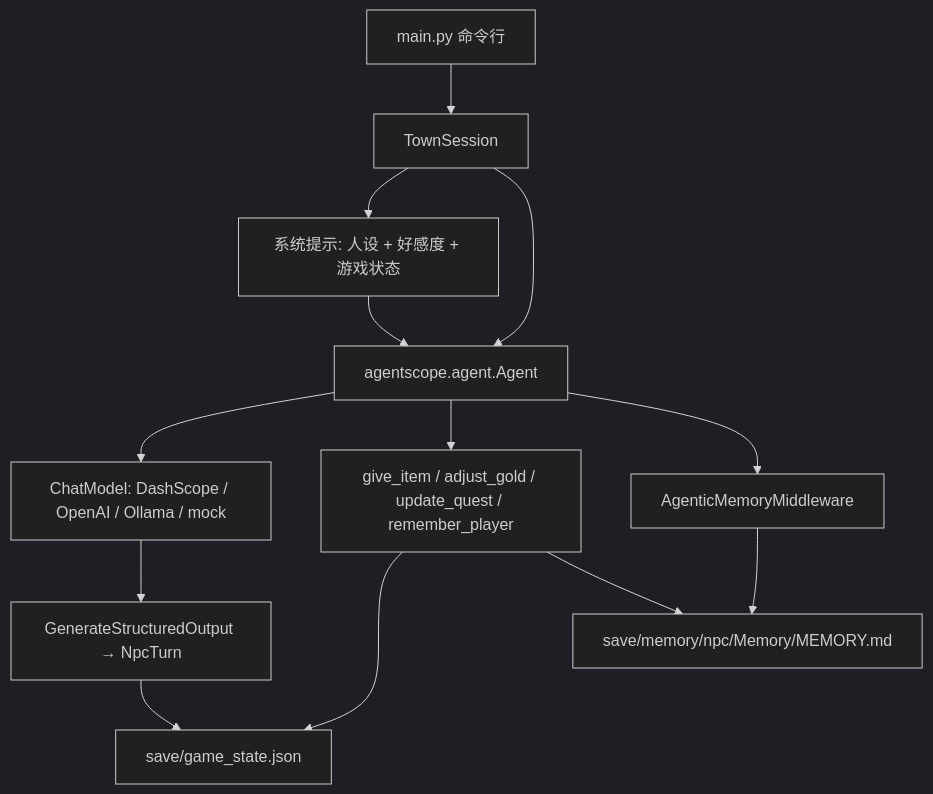
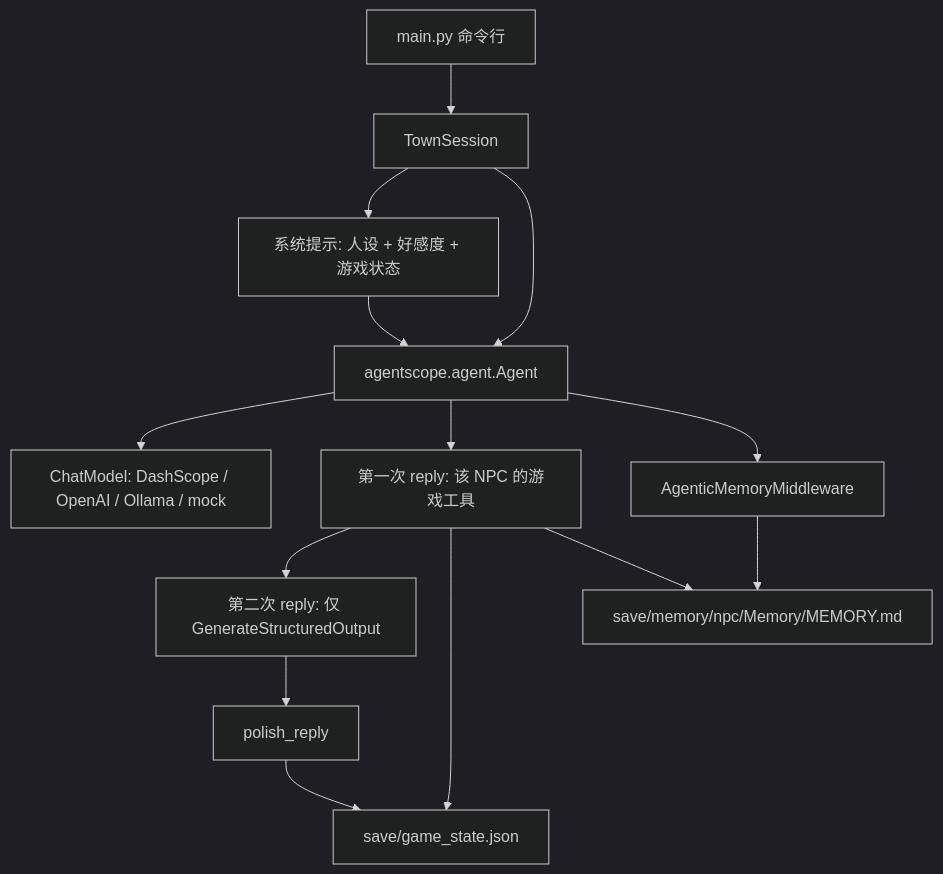
The diagram in games/game_npc_dialogue/TECHNICAL_NOTES_zh.md (JOrangsepha/agentscope-samples), drawn with Mermaid (dark theme) before and after one commit. The commit also changed other lines of this file and 13 other files, not shown here.

First line of the commit message:
Fix: gate quest rewards and speak after tool results

````diff
--- a/games/game_npc_dialogue/TECHNICAL_NOTES_zh.md
+++ b/games/game_npc_dialogue/TECHNICAL_NOTES_zh.md
@@ -19,15 +19,16 @@
 ```mermaid
 flowchart TD
     CLI["main.py 命令行"] --> Session["TownSession"]
     Session --> Prompt["系统提示: 人设 + 好感度 + 游戏状态"]
     Session --> Agent["agentscope.agent.Agent"]
     Prompt --> Agent
     Agent --> Model["ChatModel: DashScope / OpenAI / Ollama / mock"]
-    Agent --> Tools["give_item / adjust_gold / update_quest / remember_player"]
+    Agent --> Act["第一次 reply: 该 NPC 的游戏工具"]
+    Act --> Speak["第二次 reply: 仅 GenerateStructuredOutput"]
     Agent --> Memory["AgenticMemoryMiddleware"]
-    Tools --> Save["save/game_state.json"]
-    Tools --> Notes["save/memory/npc/Memory/MEMORY.md"]
+    Act --> Save["save/game_state.json"]
+    Act --> Notes["save/memory/npc/Memory/MEMORY.md"]
     Memory --> Notes
-    Model --> Structured["GenerateStructuredOutput → NpcTurn"]
-    Structured --> Save
+    Speak --> Polish["polish_reply"]
+    Polish --> Save
 ```
````
